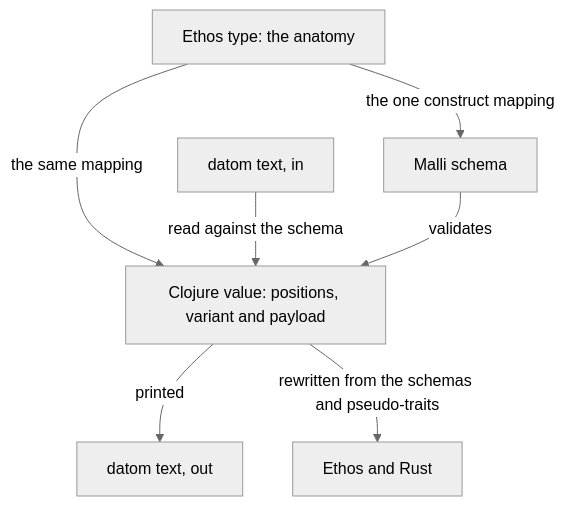
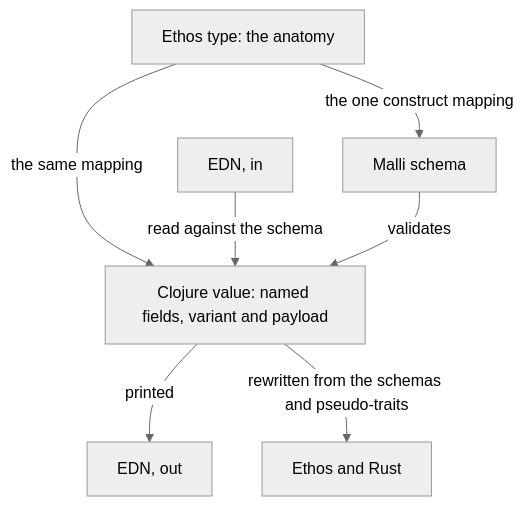
One commit to LiGoldragon/psyche-belief changed the diagram in vision/clojure/0.md. Above: the diagram before and after it, drawn with Mermaid (neutral theme). The commit also changed other lines of this file, not shown here.

Commit message:
Land approved Clojure takes EDN

````diff
--- a/vision/clojure/0.md
+++ b/vision/clojure/0.md
@@ -12,9 +42,9 @@
 ```mermaid
 flowchart TB
     e["Ethos type: the anatomy"] -- "the one construct mapping" --> m["Malli schema"]
-    e -- "the same mapping" --> c["Clojure value: positions, variant and payload"]
-    d["datom text, in"] -- "read against the schema" --> c
-    c -- "printed" --> o["datom text, out"]
+    e -- "the same mapping" --> c["Clojure value: named fields, variant and payload"]
+    d["EDN, in"] -- "read against the schema" --> c
+    c -- "printed" --> o["EDN, out"]
     m -- "validates" --> c
     c -- "rewritten from the schemas and pseudo-traits" --> r["Ethos and Rust"]
 ```
````
